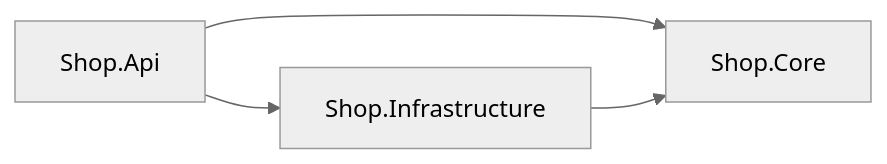
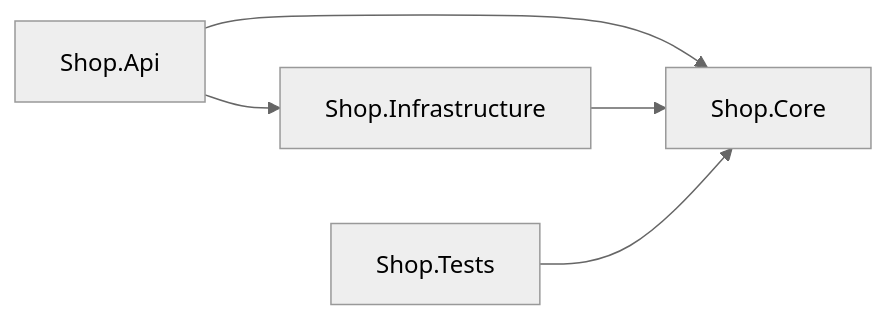
The second of 2 diagrams in Shop.Api/README.md (sanbrasp/advancedbackendprogramming), drawn with Mermaid (neutral theme) before and after one commit. The commit also changed other lines of this file and 2 other files, not shown here.

Commit message:
docs: update solution README.md, api README.md, and Week47_EntityFramework_Architecture.md

````diff
--- a/Shop.Api/README.md
+++ b/Shop.Api/README.md
@@ -101,6 +121,7 @@
 ```mermaid
 flowchart LR
   Api[Shop.Api] --> Core[Shop.Core]
   Api --> Infra[Shop.Infrastructure]
   Infra --> Core
+  Tests[Shop.Tests] --> Core
 ```
````
